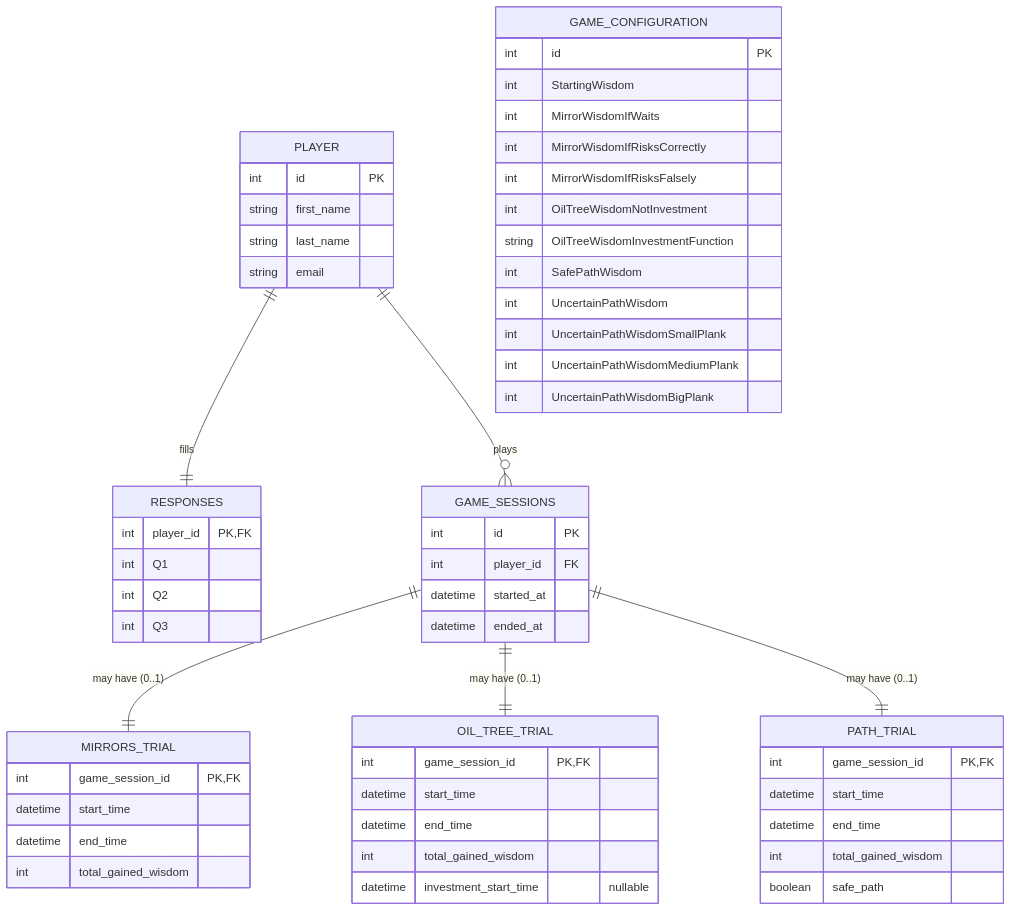
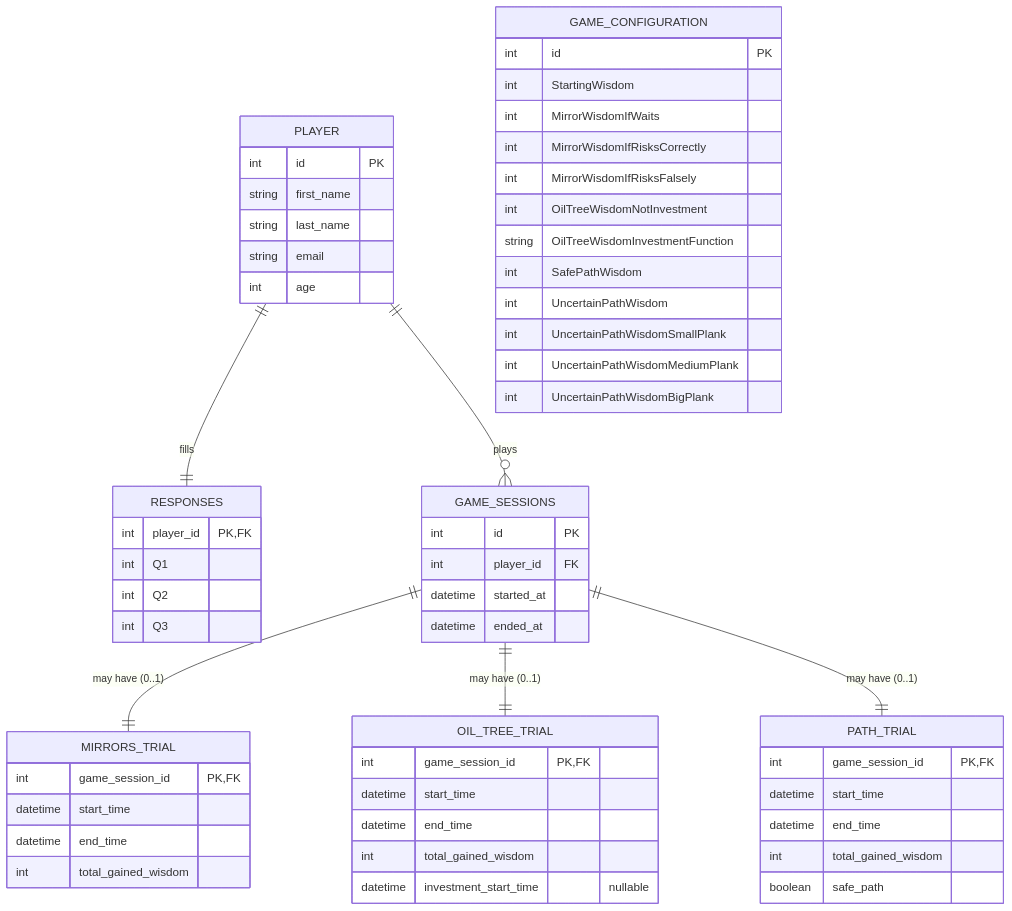
Before and after one commit to dgodolias/AthensSecret_VR-MR_Game: the diagram in docs/relationships.md, drawn with Mermaid. The commit also changed 6 other files, not shown here.

````diff
--- a/docs/relationships.md
+++ b/docs/relationships.md
@@ -3,67 +3,68 @@
 ```mermaid
 erDiagram
   PLAYER {
     int id PK
     string first_name
     string last_name
     string email
+    int age
   }
 
   RESPONSES {
     int player_id PK, FK
     int Q1
     int Q2
     int Q3
   }
 
   GAME_SESSIONS {
     int id PK
     int player_id FK
     datetime started_at
     datetime ended_at
   }
 
   MIRRORS_TRIAL {
     int game_session_id PK, FK
     datetime start_time
     datetime end_time
     int total_gained_wisdom
   }
 
   OIL_TREE_TRIAL {
     int game_session_id PK, FK
     datetime start_time
     datetime end_time
     int total_gained_wisdom
     datetime investment_start_time "nullable"
   }
 
   PATH_TRIAL {
     int game_session_id PK, FK
     datetime start_time
     datetime end_time
     int total_gained_wisdom
     boolean safe_path
   }
 
   GAME_CONFIGURATION {
     int id PK
     int StartingWisdom
     int MirrorWisdomIfWaits
     int MirrorWisdomIfRisksCorrectly
     int MirrorWisdomIfRisksFalsely
     int OilTreeWisdomNotInvestment
     string OilTreeWisdomInvestmentFunction
     int SafePathWisdom
     int UncertainPathWisdom
     int UncertainPathWisdomSmallPlank
     int UncertainPathWisdomMediumPlank
     int UncertainPathWisdomBigPlank
   }
 
   PLAYER ||--|| RESPONSES : "fills"
   PLAYER ||--o{ GAME_SESSIONS : "plays"
   GAME_SESSIONS ||--|| MIRRORS_TRIAL : "may have (0..1)"
   GAME_SESSIONS ||--|| OIL_TREE_TRIAL : "may have (0..1)"
   GAME_SESSIONS ||--|| PATH_TRIAL : "may have (0..1)"
 ```
````
